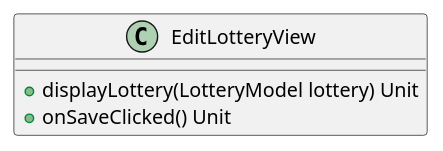
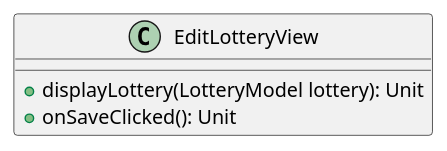
One commit to CMPUT301F26cipher/cipher-proj changed the diagram in doc/wiki-images/UML/lottery/EditLotteryView.puml. Above: the diagram before and after it, drawn with PlantUML. The commit also changed 5 other files, not shown here.

```diff
--- a/doc/wiki-images/UML/lottery/EditLotteryView.puml
+++ b/doc/wiki-images/UML/lottery/EditLotteryView.puml
@@ -1,11 +1,11 @@
 
 class EditLotteryView {
     ' display current lottery information that can be editable
     
 
     ' --- methods ---
-    +displayLottery(LotteryModel lottery) Unit
+    +displayLottery(LotteryModel lottery): Unit
     ' save button
-    +onSaveClicked() Unit
+    +onSaveClicked(): Unit
 
 }
```
